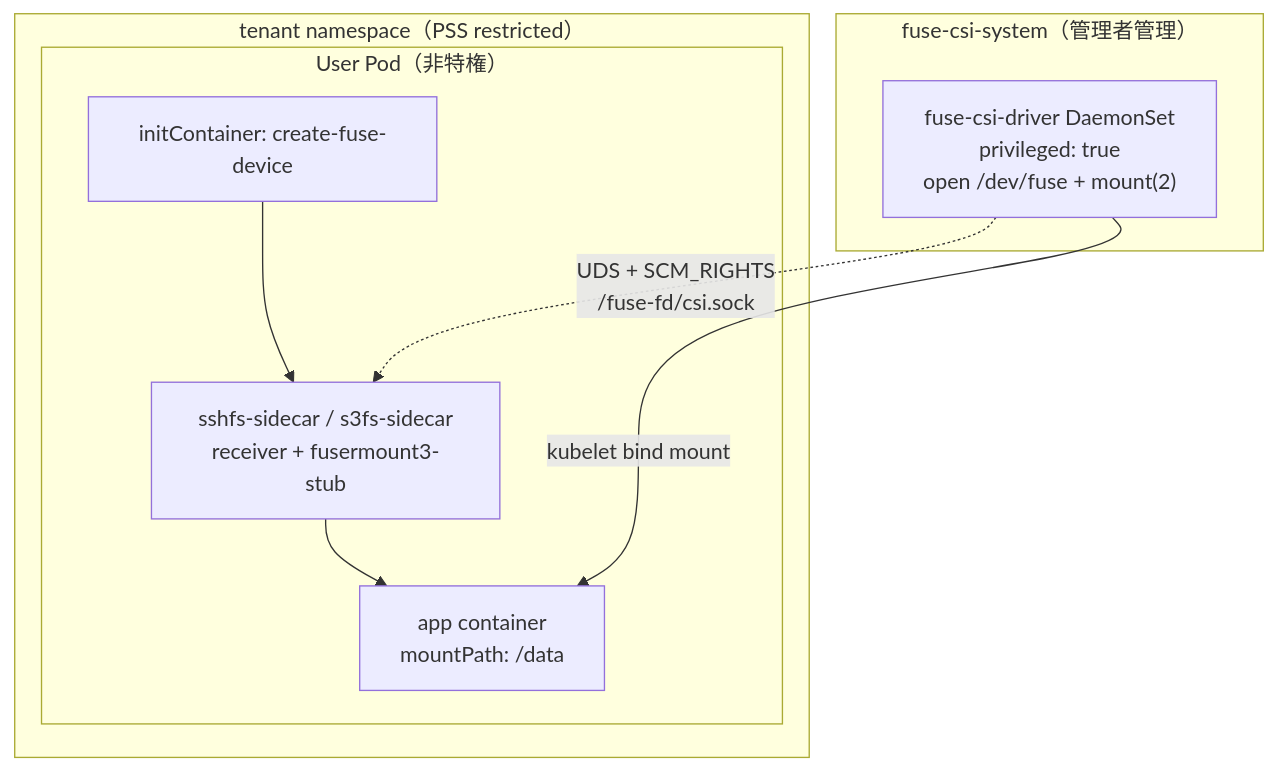
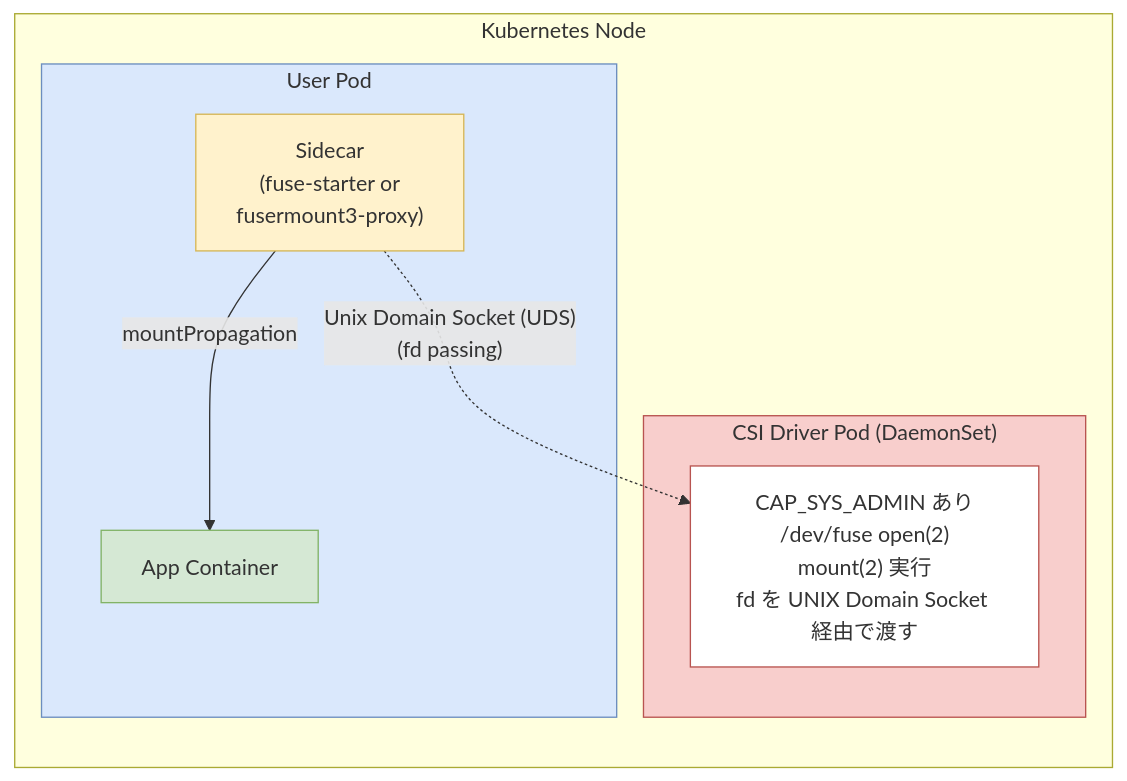
Before and after one commit to tak-55/fuse_k8s: the first of 2 diagrams in docs/implementation-guide.md, drawn with Mermaid. The commit also changed other lines of this file and 18 other files, not shown here.

````diff
--- a/docs/implementation-guide.md
+++ b/docs/implementation-guide.md
@@ -14,18 +9,20 @@
 ```mermaid
-graph TB
-    subgraph AdminNS["fuse-csi-system（管理者管理）"]
-        CSI["fuse-csi-driver DaemonSet<br/>privileged: true<br/>open /dev/fuse + mount(2)"]
+graph LR
+    subgraph Node["Kubernetes Node"]
+        subgraph CSIPod["CSI Driver Pod (DaemonSet)"]
+            CSI["CAP_SYS_ADMIN あり<br/>/dev/fuse open(2)<br/>mount(2) 実行<br/>fd を UNIX Domain Socket 経由で渡す"]
+        end
+        subgraph UserPod["User Pod"]
+            Sidecar["Sidecar<br/>(fuse-starter or<br/>fusermount3-proxy)"]
+            App["App Container"]
+            Sidecar -- "mountPropagation" --> App
+        end
+        Sidecar -. "Unix Domain Socket (UDS)<br/>(fd passing)" .-> CSI
     end
 
-    subgraph TenantNS["tenant namespace（PSS restricted）"]
-        subgraph UserPod["User Pod（非特権）"]
-            Init["initContainer: create-fuse-device"]
-            Sidecar["sshfs-sidecar / s3fs-sidecar<br/>receiver + fusermount3-stub"]
-            App["app container<br/>mountPath: /data"]
-            Init --> Sidecar --> App
-        end
-    end
-
-    CSI -. "UDS + SCM_RIGHTS<br/>/fuse-fd/csi.sock" .-> Sidecar
-    CSI -- "kubelet bind mount" --> App
+    style CSIPod fill:#f8cecc,stroke:#b85450
+    style UserPod fill:#dae8fc,stroke:#6c8ebf
+    style CSI fill:#fff,stroke:#b85450
+    style Sidecar fill:#fff2cc,stroke:#d6b656
+    style App fill:#d5e8d4,stroke:#82b366
 ```
````
